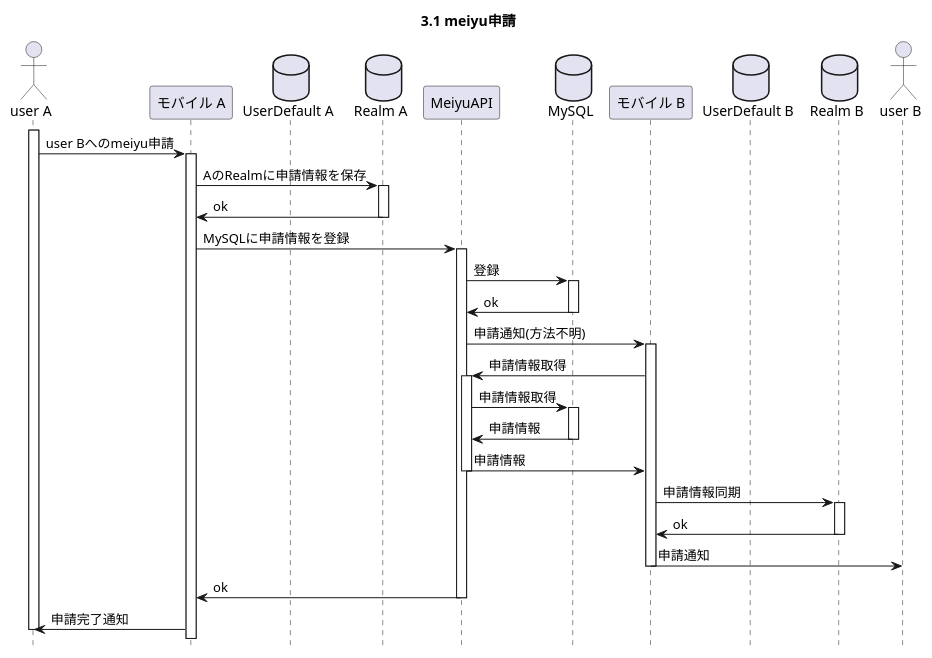
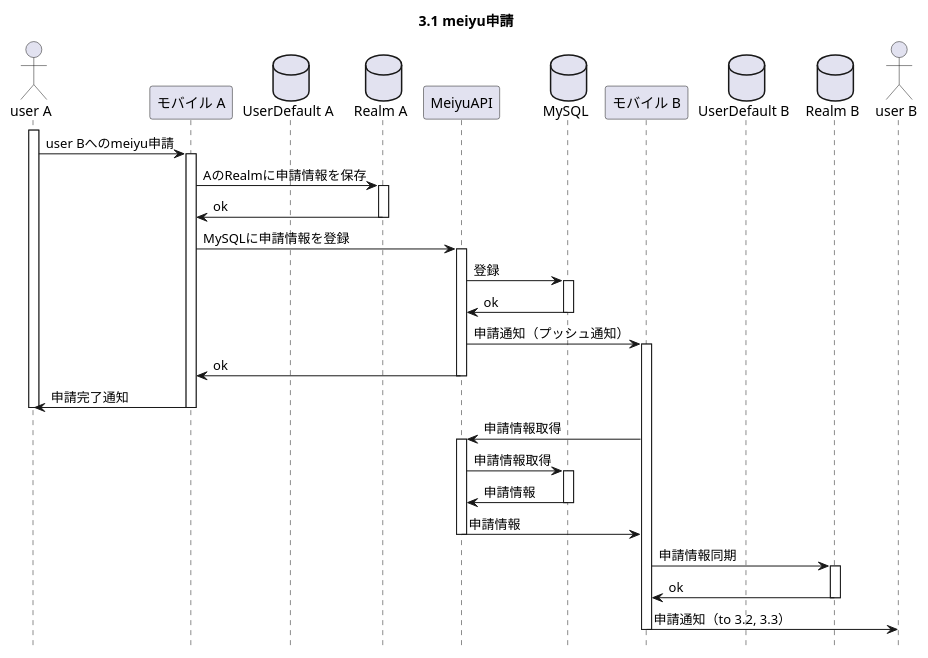
One commit to bobMurai/meiyu_api changed the diagram in 設計ドキュメント/シーケンス図/3_申請系/1_meiyu申請.puml. Above: the diagram before and after it, drawn with PlantUML.

Commit message:
形式を3.2に統一

```diff
--- a/設計ドキュメント/シーケンス図/3_申請系/1_meiyu申請.puml
+++ b/設計ドキュメント/シーケンス図/3_申請系/1_meiyu申請.puml
@@ -1,64 +1,69 @@
 @startuml
 title 3.1 meiyu申請
 hide footbox
 
 actor "user A" as user_a
 participant "モバイル A" as mobile_a
 database "UserDefault A" as user_default_a
 database "Realm A" as realm_a
 participant "MeiyuAPI" as meiyu_api
 database "MySQL" as mysql
 participant "モバイル B" as mobile_b
 database "UserDefault B" as user_default_b
 database "Realm B" as realm_b
 actor "user B" as user_b
 
 
 activate user_a
 user_a -> mobile_a : user Bへのmeiyu申請
 
 activate mobile_a
 mobile_a -> realm_a : AのRealmに申請情報を保存
 
 activate realm_a
 realm_a -> mobile_a : ok
 deactivate realm_a
 
 mobile_a -> meiyu_api : MySQLに申請情報を登録
 
 activate meiyu_api
 meiyu_api -> mysql : 登録
 
 activate mysql
 mysql -> meiyu_api : ok
 deactivate mysql
 
-meiyu_api -> mobile_b : 申請通知(方法不明)
+meiyu_api -> mobile_b : 申請通知（プッシュ通知）
 activate mobile_b
+
+meiyu_api -> mobile_a : ok
+
+deactivate meiyu_api
+
+mobile_a -> user_a : 申請完了通知
+deactivate mobile_a
+deactivate user_a
+
 mobile_b -> meiyu_api : 申請情報取得
 
 activate meiyu_api
 meiyu_api -> mysql : 申請情報取得
 
 activate mysql
 mysql -> meiyu_api : 申請情報
 deactivate mysql
 
 meiyu_api -> mobile_b : 申請情報
 deactivate meiyu_api
 
 mobile_b -> realm_b : 申請情報同期
 
 activate realm_b
 realm_b -> mobile_b : ok
 deactivate realm_b
 
-mobile_b -> user_b : 申請通知
+mobile_b -> user_b : 申請通知（to 3.2, 3.3）
 deactivate mobile_b
 
-meiyu_api -> mobile_a : ok
-deactivate meiyu_api
 
-mobile_a -> user_a : 申請完了通知
-deactivate user_a
 @enduml
```
